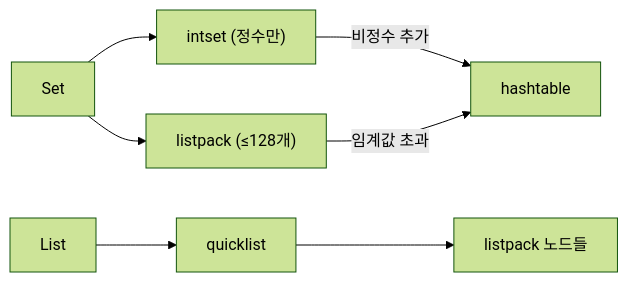
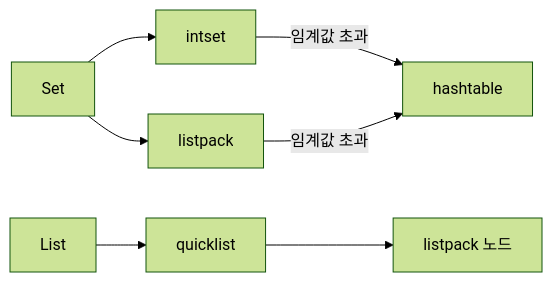
The second of 3 diagrams in _posts/redis/2026-05-01-redis-data-structures.md (yjkim2015/yjkim2015.github.io), drawn with Mermaid (forest theme) before and after one commit. The commit also changed other lines of this file and 245 other files, not shown here.

First line of the commit message:
Mermaid 다이어그램 전면 수정 + 면접 포인트 접기/펼치기 + DB 데드락 페이지

````diff
--- a/_posts/redis/2026-05-01-redis-data-structures.md
+++ b/_posts/redis/2026-05-01-redis-data-structures.md
@@ -960,9 +957,9 @@
 ```mermaid
 graph LR
-    SET["Set"] --> IS["intset (정수만)"]
-    SET --> LP3["listpack (≤128개)"]
-    IS -->|비정수 추가| HT2["hashtable"]
+    SET["Set"] --> IS["intset"]
+    SET --> LP3["listpack"]
+    IS -->|임계값 초과| HT2["hashtable"]
     LP3 -->|임계값 초과| HT2
     LIST["List"] --> QK["quicklist"]
-    QK --> LP4["listpack 노드들"]
+    QK --> LP4["listpack 노드"]
 ```
````
